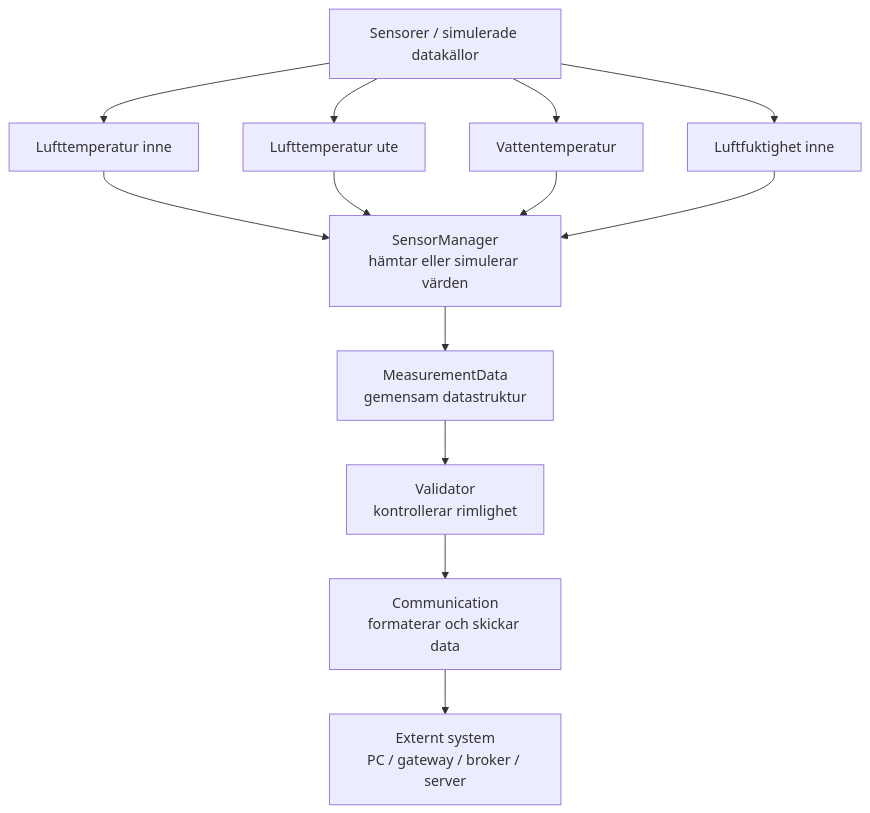
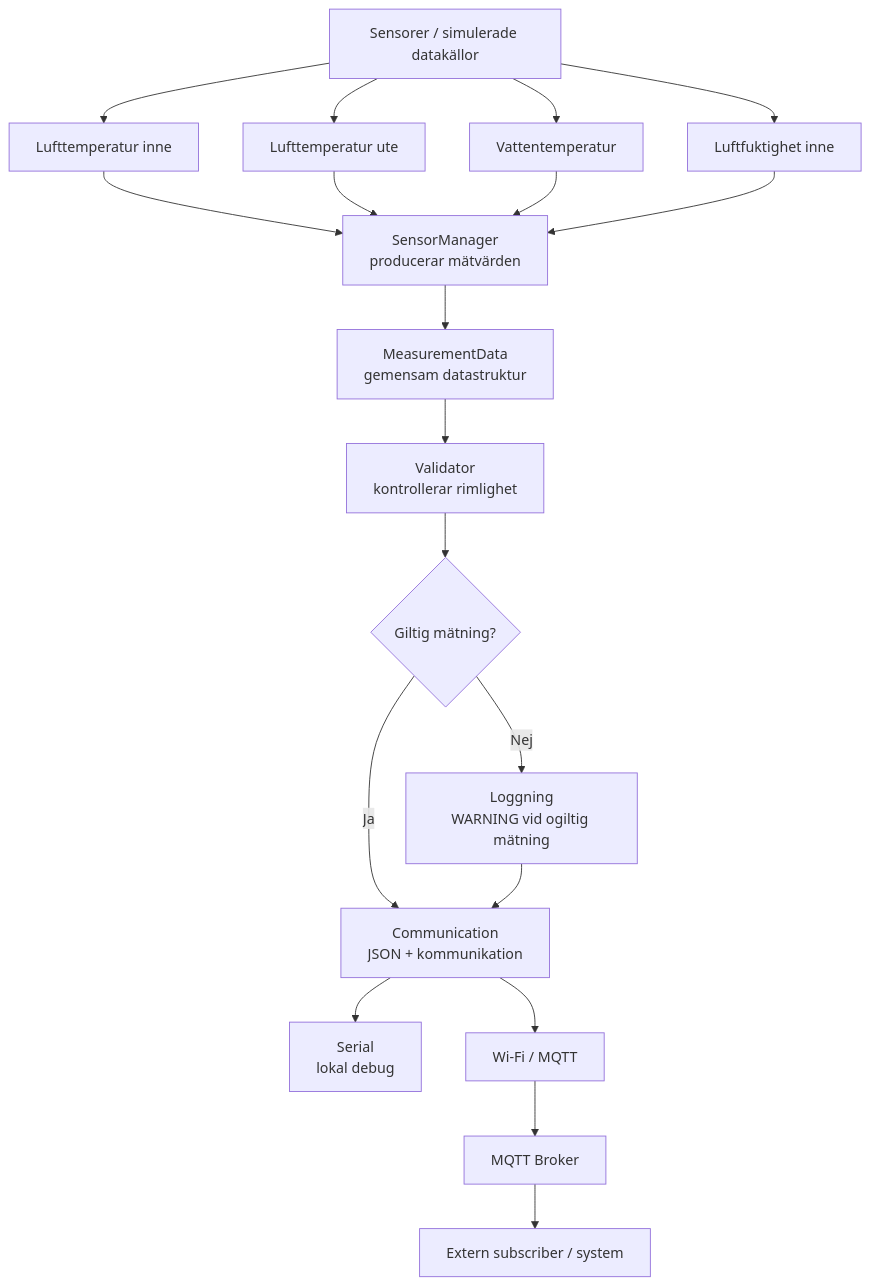
The diagram in docs/04-architecture.md (jidenius-77/HydroGreen-Fingers-AB-), drawn with Mermaid before and after one commit. The commit also changed other lines of this file and 1 other file, not shown here.

Commit message:
Complete B22 system architecture

````diff
--- a/docs/04-architecture.md
+++ b/docs/04-architecture.md
@@ -23,29 +24,42 @@
 ```mermaid
 flowchart TD
     A[Sensorer / simulerade datakällor]
     A1[Lufttemperatur inne]
     A2[Lufttemperatur ute]
     A3[Vattentemperatur]
     A4[Luftfuktighet inne]
 
-    B[SensorManager<br/>hämtar eller simulerar värden]
+    B[SensorManager<br/>producerar mätvärden]
     C[MeasurementData<br/>gemensam datastruktur]
     D[Validator<br/>kontrollerar rimlighet]
-    E[Communication<br/>formaterar och skickar data]
-    F[Externt system<br/>PC / gateway / broker / server]
+    E{Giltig mätning?}
+    F[Loggning<br/>WARNING vid ogiltig mätning]
+    G[Communication<br/>JSON + kommunikation]
+    H[Serial<br/>lokal debug]
+    I[Wi-Fi / MQTT]
+    J[MQTT Broker]
+    K[Extern subscriber / system]
 
     A --> A1
     A --> A2
     A --> A3
     A --> A4
 
     A1 --> B
     A2 --> B
     A3 --> B
     A4 --> B
 
     B --> C
     C --> D
     D --> E
-    E --> F
+
+    E -->|Ja| G
+    E -->|Nej| F
+    F --> G
+
+    G --> H
+    G --> I
+    I --> J
+    J --> K
 ```
````
